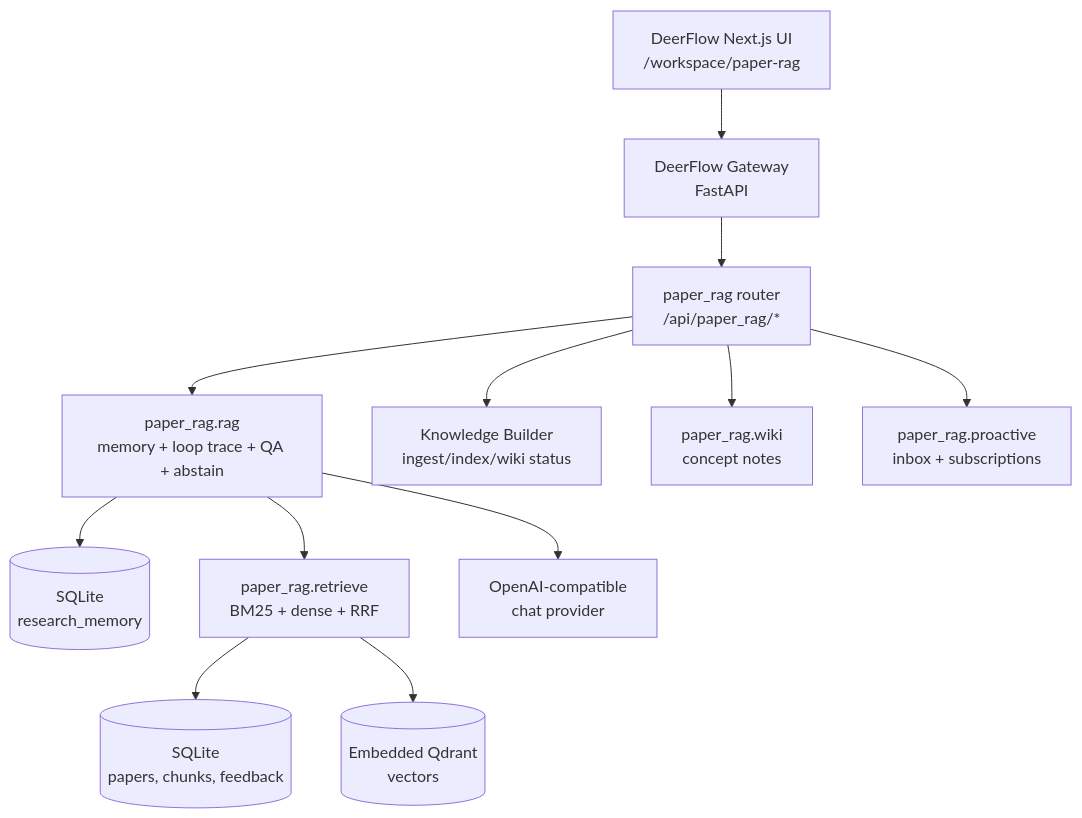
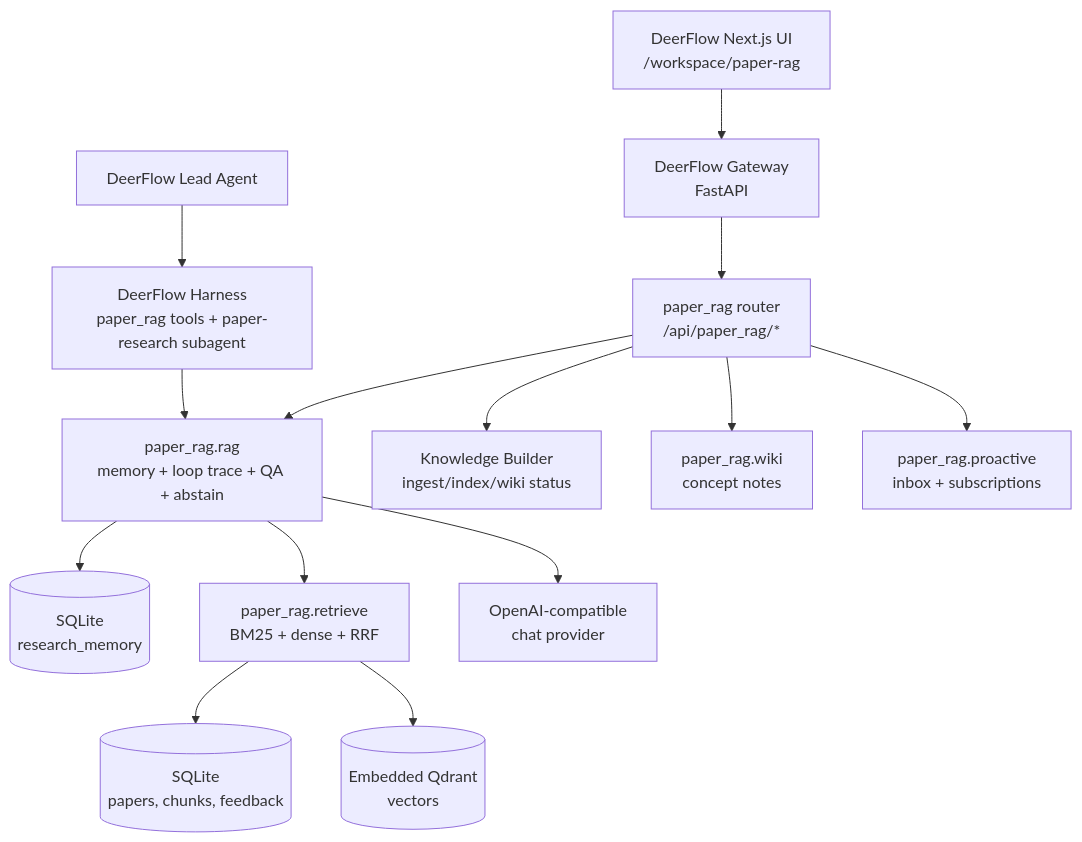
The first of 2 diagrams in README.md (vve11/agentic_rag), drawn with Mermaid before and after one commit. The commit also changed other lines of this file and 14 other files, not shown here.

Commit message:
Add Paper RAG harness adapter

````diff
--- a/README.md
+++ b/README.md
@@ -272,14 +280,16 @@
 ```mermaid
 flowchart TB
     FE["DeerFlow Next.js UI<br/>/workspace/paper-rag"] --> GW["DeerFlow Gateway<br/>FastAPI"]
     GW --> API["paper_rag router<br/>/api/paper_rag/*"]
+    LA["DeerFlow Lead Agent"] --> HAR["DeerFlow Harness<br/>paper_rag tools + paper-research subagent"]
+    HAR --> QA
     API --> QA["paper_rag.rag<br/>memory + loop trace + QA + abstain"]
     QA --> MEM[("SQLite<br/>research_memory")]
     QA --> RET["paper_rag.retrieve<br/>BM25 + dense + RRF"]
     RET --> SQL[("SQLite<br/>papers, chunks, feedback")]
     RET --> QDR[("Embedded Qdrant<br/>vectors")]
     API --> KB["Knowledge Builder<br/>ingest/index/wiki status"]
     API --> WIKI["paper_rag.wiki<br/>concept notes"]
     API --> PRO["paper_rag.proactive<br/>inbox + subscriptions"]
     QA --> LLM["OpenAI-compatible<br/>chat provider"]
 ```
````
